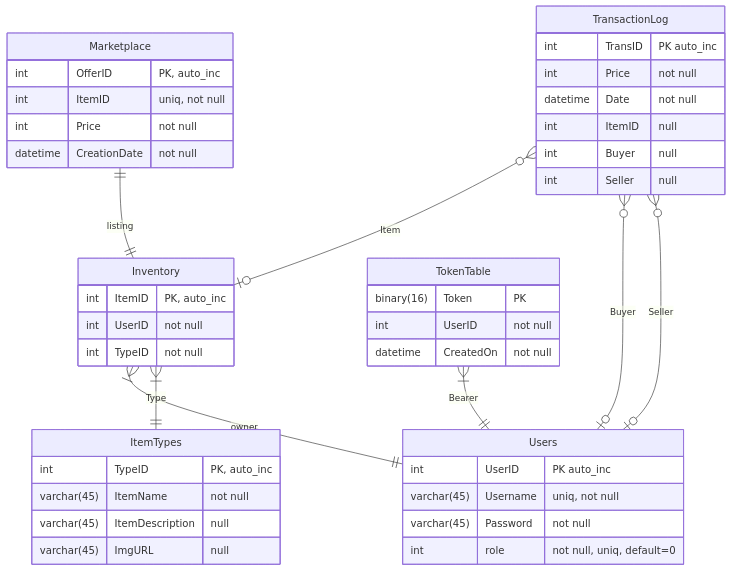
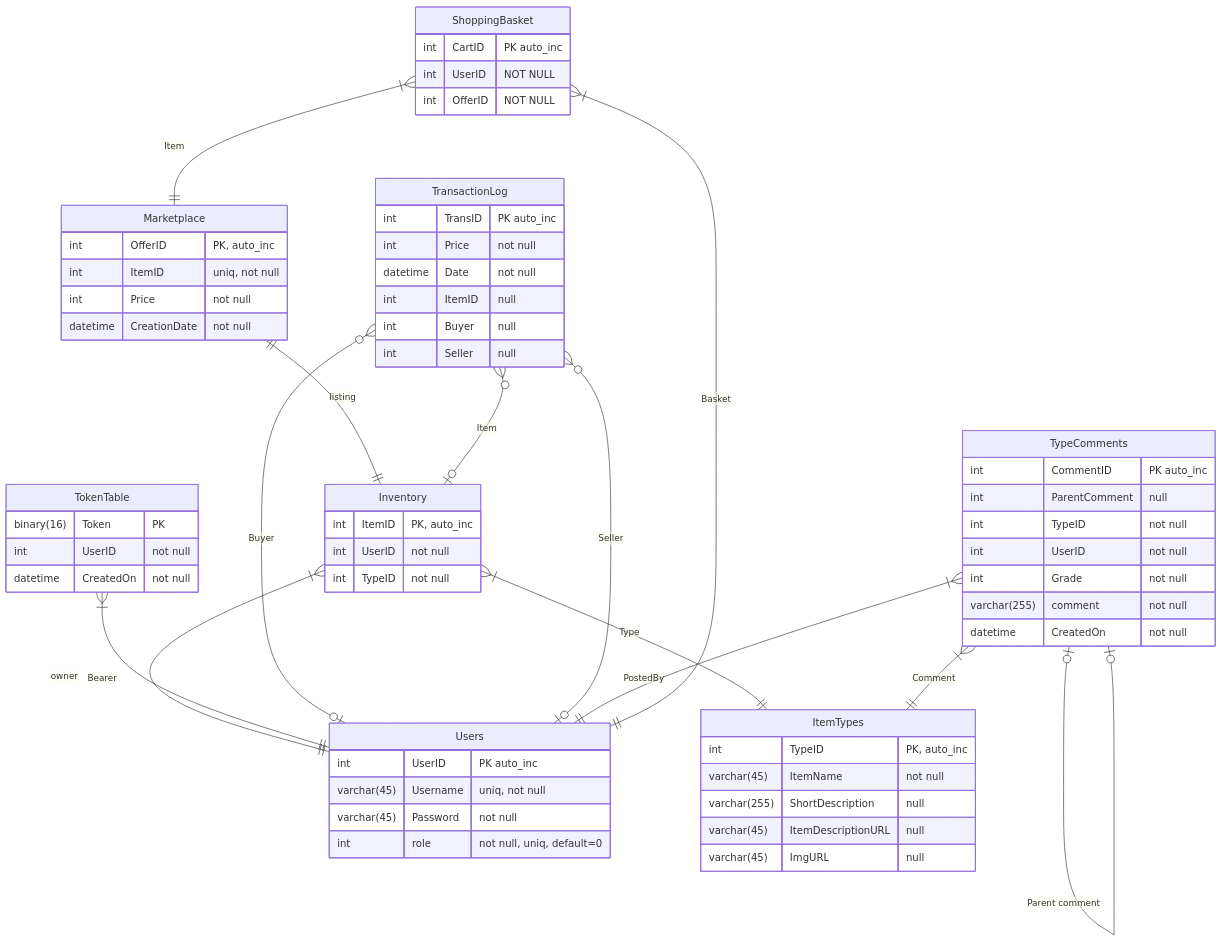
The second of 2 diagrams in README.md (salon64/CyberMarket), drawn with Mermaid before and after one commit. The commit also changed other lines of this file, not shown here.

````diff
--- a/README.md
+++ b/README.md
@@ -116,54 +169,74 @@
 ```mermaid
 erDiagram
     Users {
         int UserID "PK auto_inc"
         varchar(45) Username "uniq, not null"
         varchar(45) Password "not null"
         int role "not null, uniq, default=0"
     }
 
     Marketplace {
         int OfferID "PK, auto_inc"
         int ItemID "uniq, not null"
         int Price "not null"
         datetime CreationDate "not null"
     }
+    Marketplace ||--|| Inventory: listing
 
     Inventory {
         int ItemID "PK, auto_inc"
         int UserID "not null"
         int TypeID "not null"
     }
+    Inventory }|--|| Users: owner
+    Inventory }|--|| ItemTypes: Type
 
     ItemTypes {
         int TypeID "PK, auto_inc"
         varchar(45) ItemName "not null"
-        varchar(45) ItemDescription "null"
+        varchar(255) ShortDescription "null"
+        varchar(45) ItemDescriptionURL "null"
         varchar(45) ImgURL "null"
     }
 
     TokenTable {
         binary(16) Token "PK"
         int UserID  "not null"
         datetime CreatedOn "not null"
     }
+    TokenTable }|--|| Users: Bearer
 
     TransactionLog {
         int TransID "PK auto_inc"
         int Price "not null"
         datetime Date "not null"
         int ItemID "null"
         int Buyer "null"
         int Seller "null"
     }
-    TokenTable }|--|| Users: Bearer
-
-    Inventory }|--|| Users: owner
-    Inventory }|--|| ItemTypes: Type
-
-    Marketplace ||--|| Inventory: listing
-
     TransactionLog }o--o| Inventory: Item
     TransactionLog }o--o| Users: Buyer
     TransactionLog }o--o| Users: Seller
+
+    TypeComments {
+        int CommentID "PK auto_inc"
+        int ParentComment "null"
+        int TypeID "not null"
+        int UserID "not null"
+        int Grade "not null"
+        varchar(255) comment "not null"
+        datetime CreatedOn "not null"
+    }
+    TypeComments }|--|| Users: PostedBy
+    TypeComments }|--|| ItemTypes: Comment
+    TypeComments |o--o| TypeComments: "Parent comment"
+
+    ShoppingBasket {
+        int CartID "PK auto_inc"
+        int UserID "NOT NULL"
+        int OfferID "NOT NULL"
+    }
+    ShoppingBasket }|--|| Users: Basket
+    ShoppingBasket }|--|| Marketplace: Item
+
 ```
````
